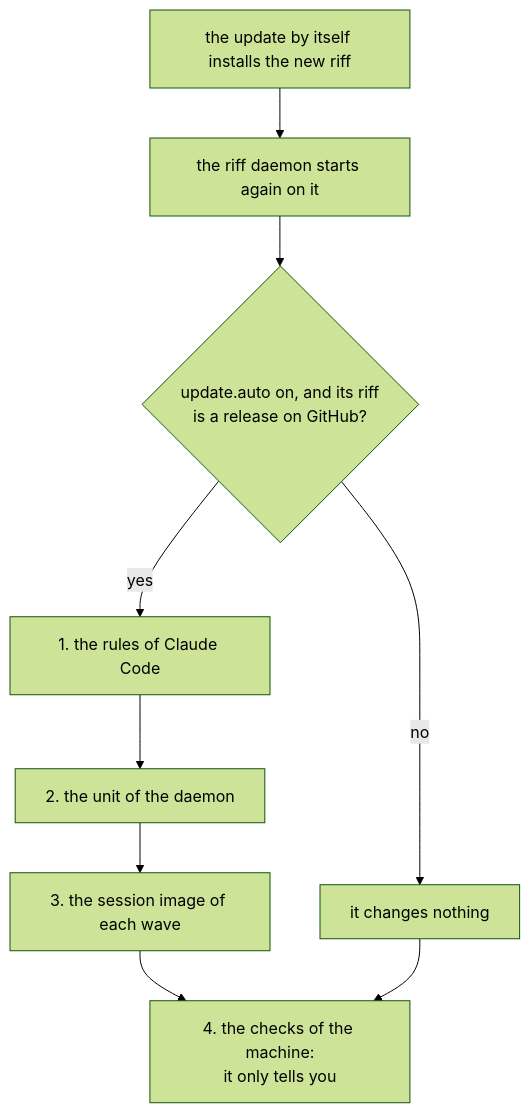
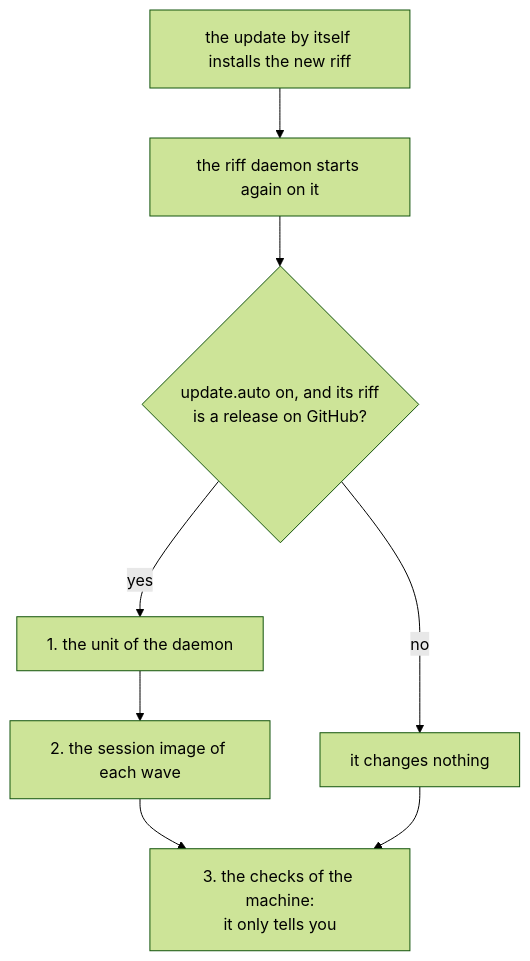
Before and after one commit to como-technologies/riff: the sixth of 56 diagrams in docs/src/how-it-works.md, drawn with Mermaid (forest theme). The commit also changed other lines of this file and 15 other files, not shown here.

````diff
--- a/docs/src/how-it-works.md
+++ b/docs/src/how-it-works.md
@@ -495,11 +495,10 @@
 ```mermaid
 flowchart TD
     B["the update by itself installs the new riff"] --> D["the riff daemon starts again on it"]
     D --> G{"update.auto on, and its riff<br/>is a release on GitHub?"}
     G -- "no" --> N["it changes nothing"]
-    G -- "yes" --> R["1. the rules of Claude Code"]
-    R --> U["2. the unit of the daemon"]
-    U --> I["3. the session image of each wave"]
-    I --> P["4. the checks of the machine:<br/>it only tells you"]
+    G -- "yes" --> U["1. the unit of the daemon"]
+    U --> I["2. the session image of each wave"]
+    I --> P["3. the checks of the machine:<br/>it only tells you"]
     N --> P
 ```
````
